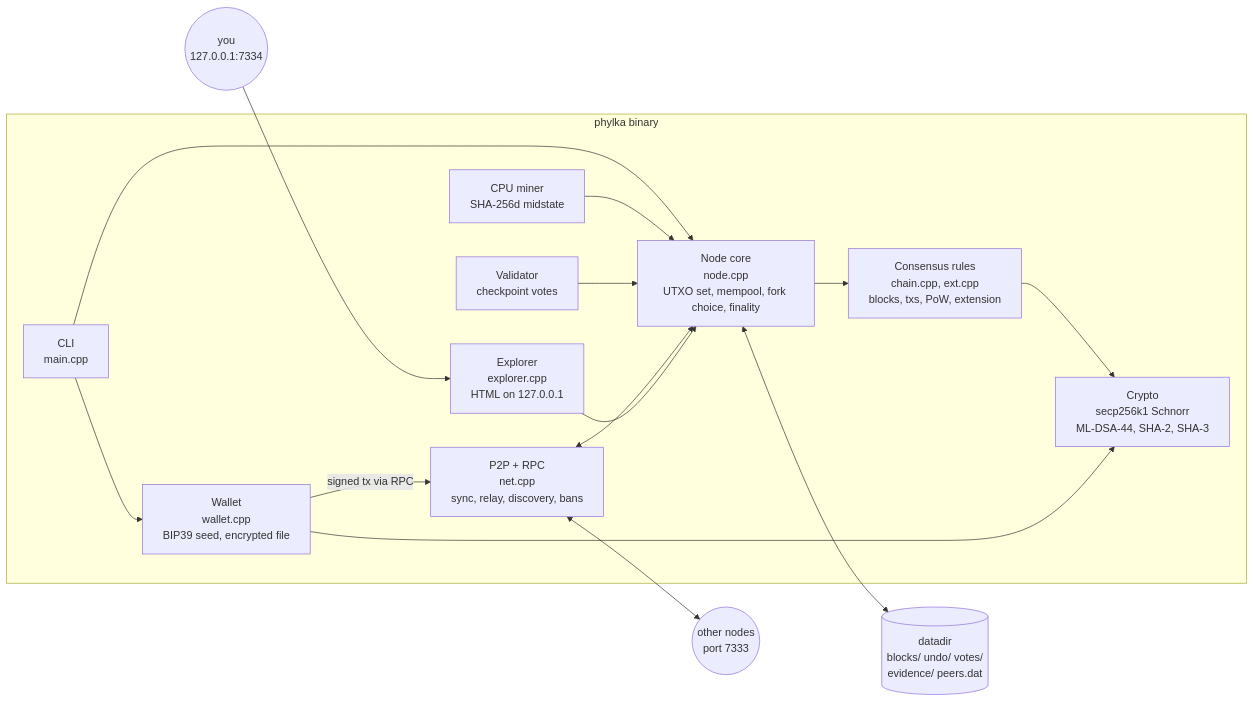
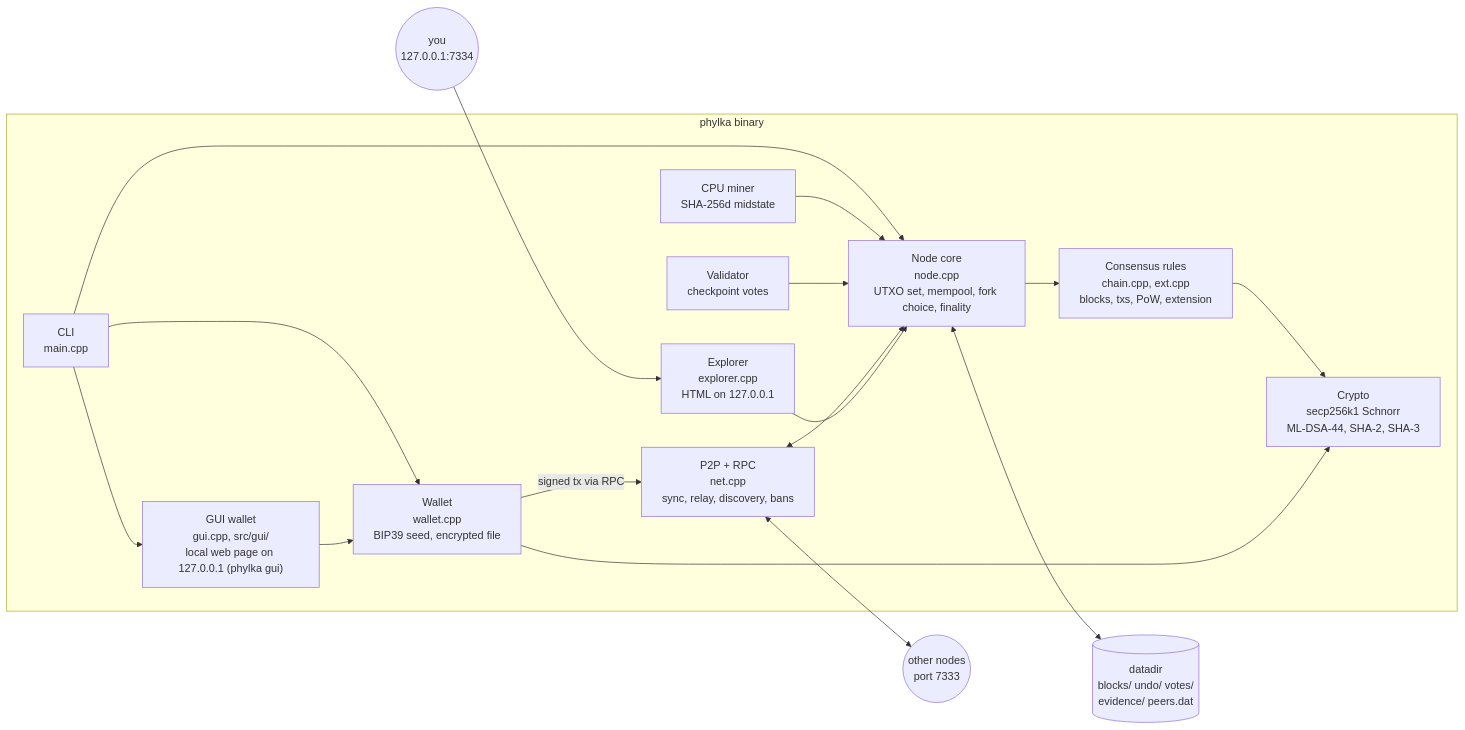
One commit to a9ish1/PHYLKA changed the first of 12 diagrams in docs/ARCHITECTURE.md. Above: the diagram before and after it, drawn with Mermaid. The commit also changed other lines of this file and 15 other files, not shown here.

Commit message:
Add GUI wallet (phylka gui)

````diff
--- a/docs/ARCHITECTURE.md
+++ b/docs/ARCHITECTURE.md
@@ -25,31 +28,34 @@
 ```mermaid
 flowchart LR
     subgraph phylka["phylka binary"]
         CLI["CLI<br/>main.cpp"]
         Wallet["Wallet<br/>wallet.cpp<br/>BIP39 seed, encrypted file"]
+        Gui["GUI wallet<br/>gui.cpp, src/gui/<br/>local web page on 127.0.0.1 (phylka gui)"]
         Node["Node core<br/>node.cpp<br/>UTXO set, mempool, fork choice, finality"]
         Chain["Consensus rules<br/>chain.cpp, ext.cpp<br/>blocks, txs, PoW, extension"]
         Net["P2P + RPC<br/>net.cpp<br/>sync, relay, discovery, bans"]
         Miner["CPU miner<br/>SHA-256d midstate"]
         Validator["Validator<br/>checkpoint votes"]
         Explorer["Explorer<br/>explorer.cpp<br/>HTML on 127.0.0.1"]
         Crypto["Crypto<br/>secp256k1 Schnorr<br/>ML-DSA-44, SHA-2, SHA-3"]
     end
     Disk[("datadir<br/>blocks/ undo/ votes/<br/>evidence/ peers.dat")]
     Peers(("other nodes<br/>port 7333"))
     User(("you<br/>127.0.0.1:7334"))
 
     CLI --> Node
     CLI --> Wallet
+    CLI --> Gui
+    Gui --> Wallet
     Wallet -- "signed tx via RPC" --> Net
     Miner --> Node
     Validator --> Node
     Node --> Chain
     Chain --> Crypto
     Wallet --> Crypto
     Node <--> Disk
     Net <--> Node
     Net <--> Peers
     Explorer --> Node
     User --> Explorer
 ```
````
